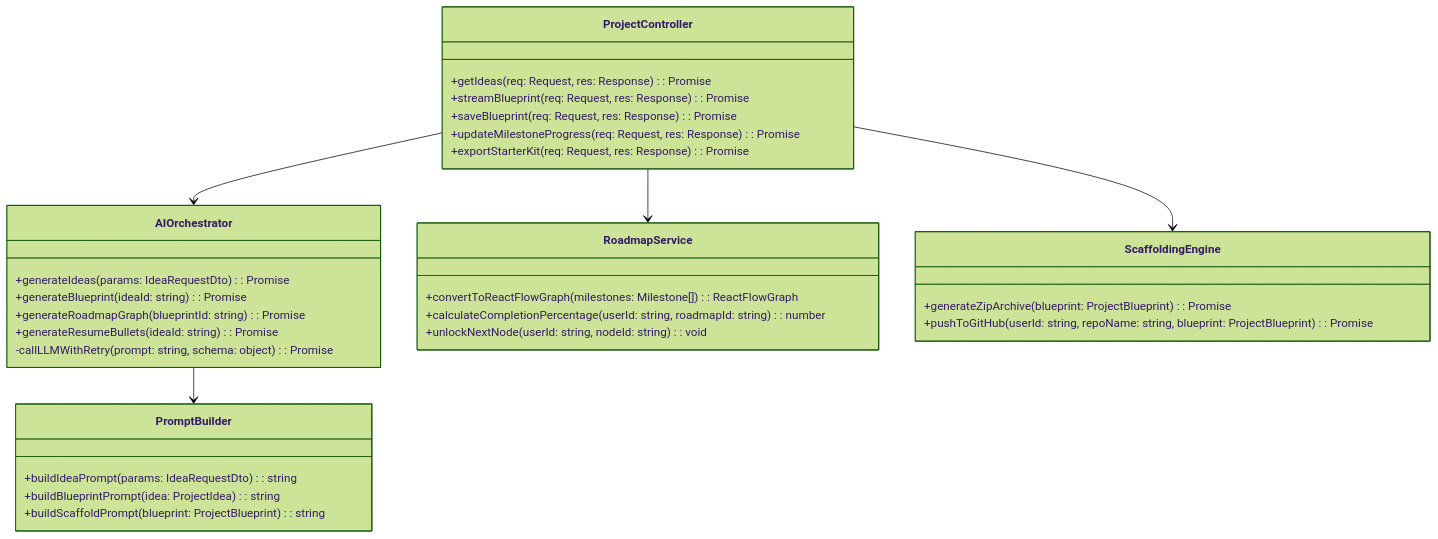
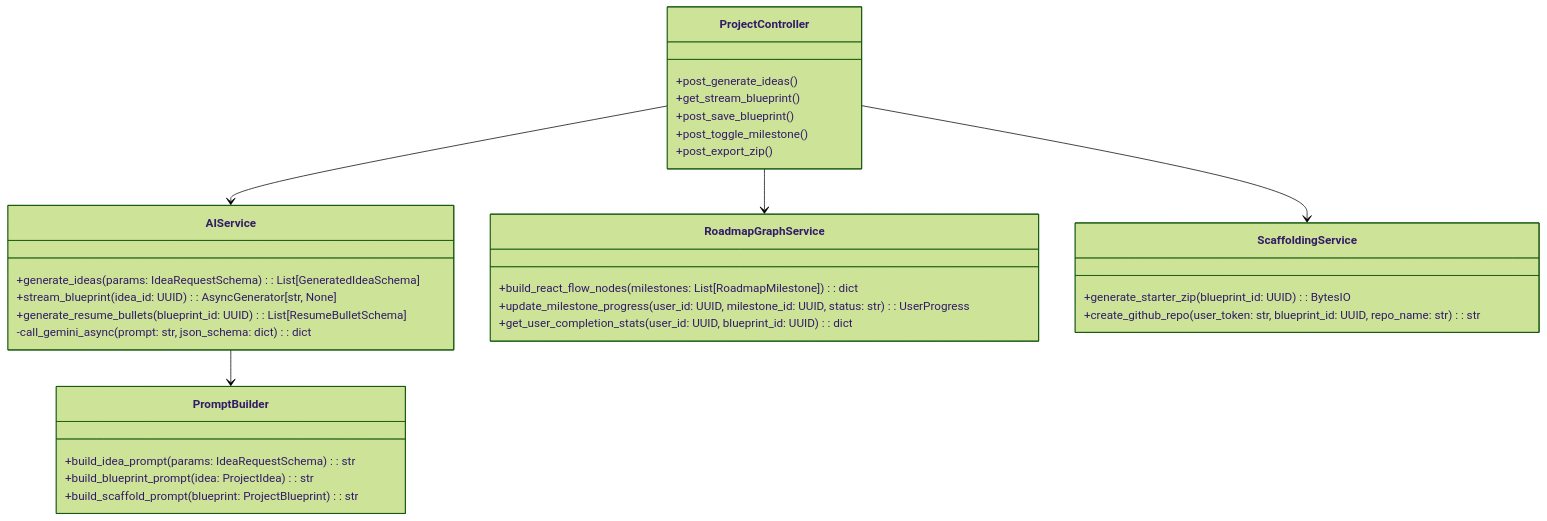
Before and after one commit to Techside-Pragyan/NextGen-Projector: the fifth of 6 diagrams in SYSTEM_DESIGN.md, drawn with Mermaid (forest theme). The commit also changed other lines of this file and 1 other file, not shown here.

Commit message:
docs: update system architecture stack and refine technical specifications in README and SYSTEM_DESIGN.md

````diff
--- a/SYSTEM_DESIGN.md
+++ b/SYSTEM_DESIGN.md
@@ -224,40 +225,39 @@
 ```mermaid
 classDiagram
-    class AIOrchestrator {
-        +generateIdeas(params: IdeaRequestDto): Promise<IdeaResponse[]>
-        +generateBlueprint(ideaId: string): Promise<BlueprintResponse>
-        +generateRoadmapGraph(blueprintId: string): Promise<RoadmapGraph>
-        +generateResumeBullets(ideaId: string): Promise<ResumeBullet[]>
-        -callLLMWithRetry(prompt: string, schema: object): Promise<string>
+    class AIService {
+        +generate_ideas(params: IdeaRequestSchema): List[GeneratedIdeaSchema]
+        +stream_blueprint(idea_id: UUID): AsyncGenerator[str, None]
+        +generate_resume_bullets(blueprint_id: UUID): List[ResumeBulletSchema]
+        -call_gemini_async(prompt: str, json_schema: dict): dict
     }
 
     class PromptBuilder {
-        +buildIdeaPrompt(params: IdeaRequestDto): string
-        +buildBlueprintPrompt(idea: ProjectIdea): string
-        +buildScaffoldPrompt(blueprint: ProjectBlueprint): string
+        +build_idea_prompt(params: IdeaRequestSchema): str
+        +build_blueprint_prompt(idea: ProjectIdea): str
+        +build_scaffold_prompt(blueprint: ProjectBlueprint): str
+    }
+
+    class RoadmapGraphService {
+        +build_react_flow_nodes(milestones: List[RoadmapMilestone]): dict
+        +update_milestone_progress(user_id: UUID, milestone_id: UUID, status: str): UserProgress
+        +get_user_completion_stats(user_id: UUID, blueprint_id: UUID): dict
+    }
+
+    class ScaffoldingService {
+        +generate_starter_zip(blueprint_id: UUID): BytesIO
+        +create_github_repo(user_token: str, blueprint_id: UUID, repo_name: str): str
     }
 
     class ProjectController {
-        +getIdeas(req: Request, res: Response): Promise<void>
-        +streamBlueprint(req: Request, res: Response): Promise<void>
-        +saveBlueprint(req: Request, res: Response): Promise<void>
-        +updateMilestoneProgress(req: Request, res: Response): Promise<void>
-        +exportStarterKit(req: Request, res: Response): Promise<void>
+        +post_generate_ideas()
+        +get_stream_blueprint()
+        +post_save_blueprint()
+        +post_toggle_milestone()
+        +post_export_zip()
     }
 
-    class RoadmapService {
-        +convertToReactFlowGraph(milestones: Milestone[]): ReactFlowGraph
-        +calculateCompletionPercentage(userId: string, roadmapId: string): number
-        +unlockNextNode(userId: string, nodeId: string): void
-    }
-
-    class ScaffoldingEngine {
-        +generateZipArchive(blueprint: ProjectBlueprint): Promise<Buffer>
-        +pushToGitHub(userId: string, repoName: string, blueprint: ProjectBlueprint): Promise<string>
-    }
-
-    ProjectController --> AIOrchestrator
-    ProjectController --> RoadmapService
-    ProjectController --> ScaffoldingEngine
-    AIOrchestrator --> PromptBuilder
+    ProjectController --> AIService
+    ProjectController --> RoadmapGraphService
+    ProjectController --> ScaffoldingService
+    AIService --> PromptBuilder
 ```
````
